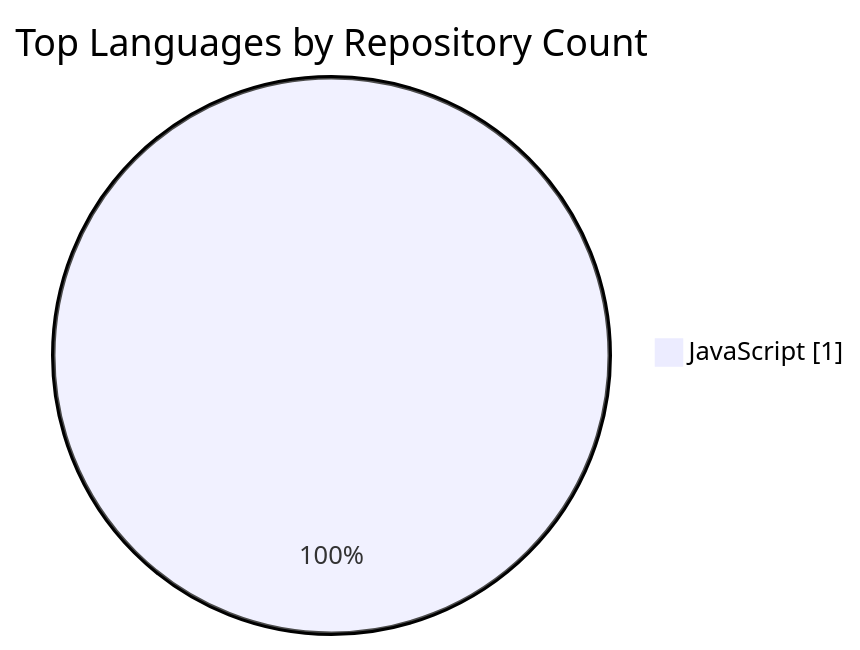
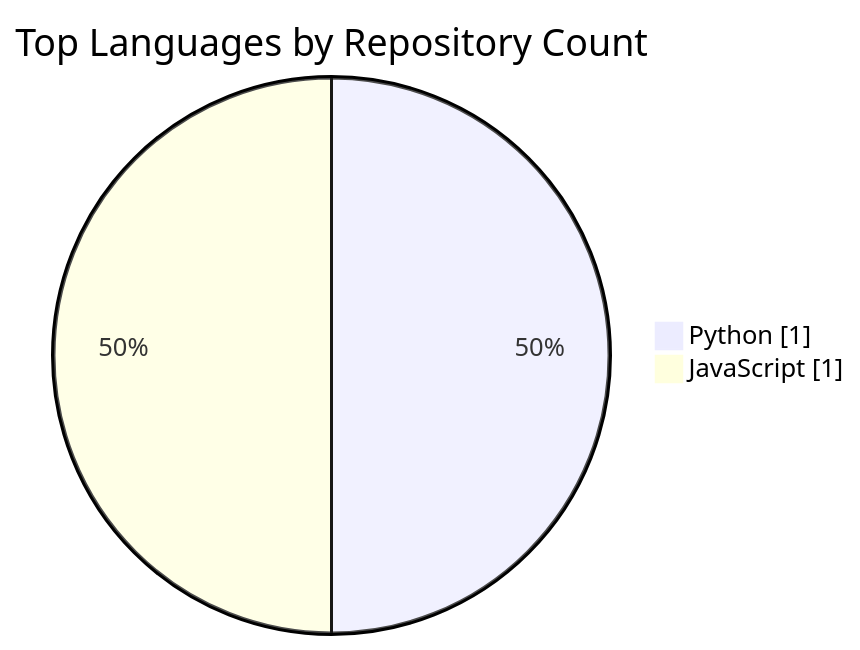
The first of 2 diagrams in README.md (manhquydev/manhquydev), drawn with Mermaid before and after one commit. The commit also changed other lines of this file and 4 other files, not shown here.

````diff
--- a/README.md
+++ b/README.md
@@ -71,5 +71,6 @@
 ```mermaid
 pie showData
   title Top Languages by Repository Count
+  "Python" : 1
   "JavaScript" : 1
 ```
````
